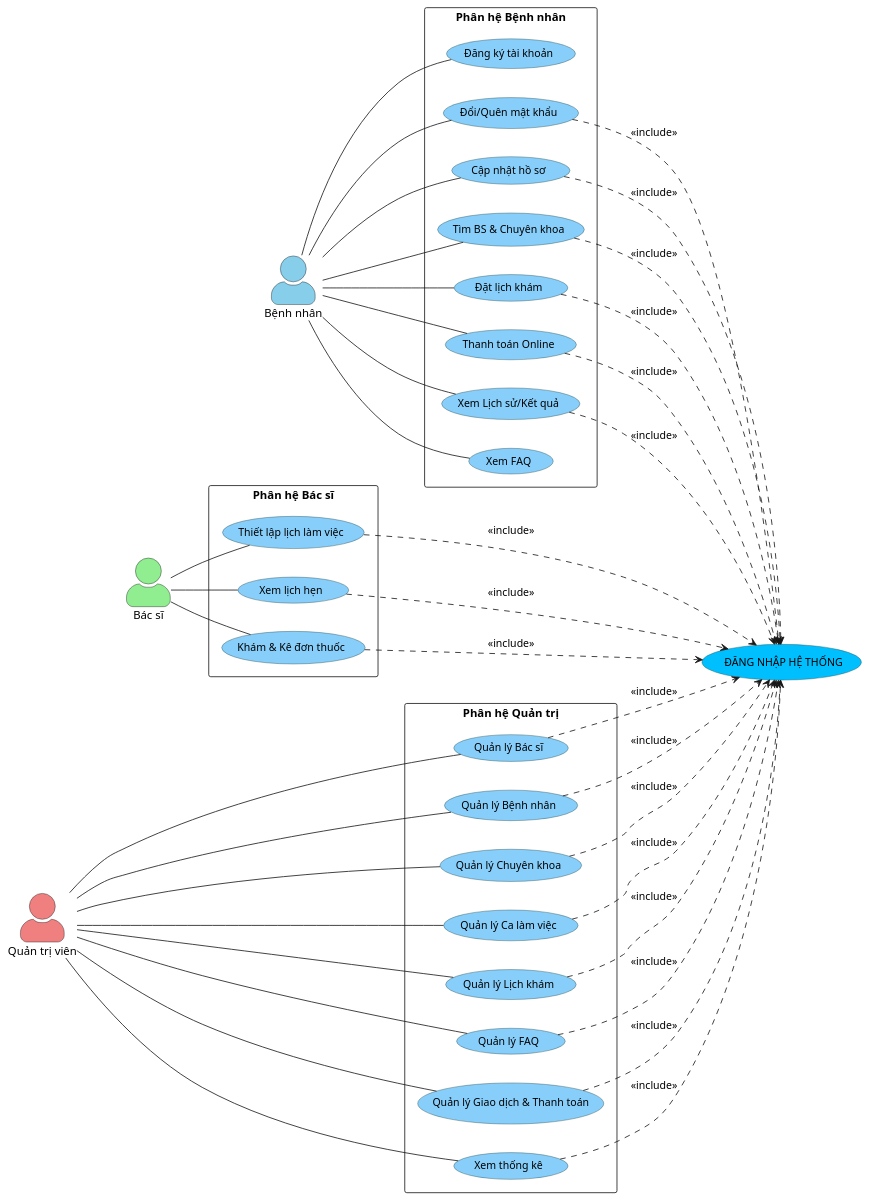
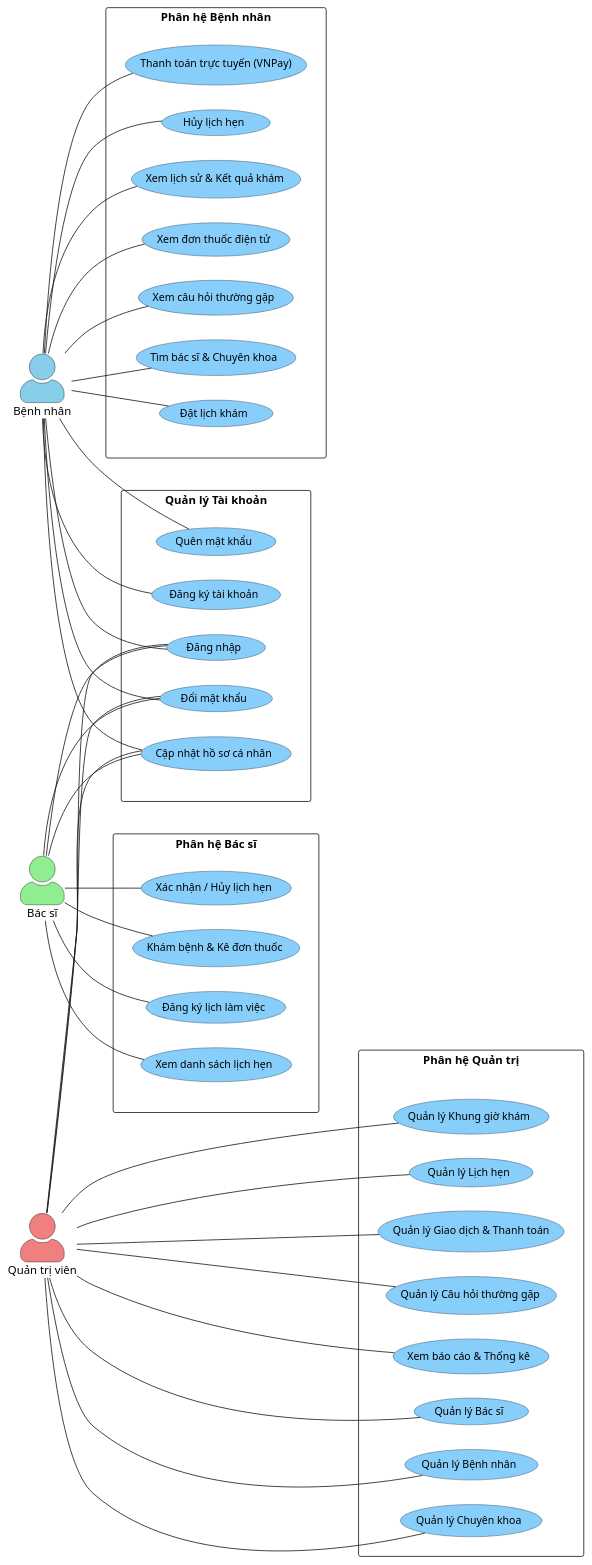
The diagram in server/doc/diagrams/UC_01_TongQuan.puml (yqhuouc/HealthCare), drawn with PlantUML before and after one commit. The commit also changed 41 other files, not shown here.

Commit message:
feat: implement authentication system with password reset functionality and add project architecture documentation

```diff
--- a/server/doc/diagrams/UC_01_TongQuan.puml
+++ b/server/doc/diagrams/UC_01_TongQuan.puml
@@ -1,115 +1,124 @@
 @startuml UseCase_TongQuan
 left to right direction
 skinparam actorStyle awesome
 skinparam packageStyle rectangle
-skinparam wrapWidth 200
+skinparam ranksep 60
+skinparam nodesep 30
 
-' Màu sắc chuyên nghiệp
 skinparam usecase {
   BackgroundColor LightSkyBlue
-  BorderColor DarkSlateGray
+  BorderColor #2C3E50
   FontSize 13
 }
 
 ' ============================
-' ACTORS (BÊN TRÁI)
+' ACTORS
 ' ============================
+actor "Bệnh nhân" as BN #SkyBlue
+actor "Bác sĩ" as BS #LightGreen
 actor "Quản trị viên" as AD #LightCoral
-actor "Bác sĩ" as BS #LightGreen
-actor "Bệnh nhân" as BN #SkyBlue
 
 ' ============================
-' TRUNG TÂM HỘI TỤ (BÊN PHẢI)
+' KHỐI DÙNG CHUNG - TÀI KHOẢN
 ' ============================
-usecase "   ĐĂNG NHẬP HỆ THỐNG   " as Login #DeepSkyBlue
+rectangle "Quản lý Tài khoản" as P_TK {
+  usecase "Đăng nhập" as TK1
+  usecase "Đăng ký tài khoản" as TK2
+  usecase "Quên mật khẩu" as TK3
+  usecase "Đổi mật khẩu" as TK4
+  usecase "Cập nhật hồ sơ cá nhân" as TK5
+}
 
 ' ============================
-' PHÂN HỆ QUẢN TRỊ
+' PHÂN HỆ BỆNH NHÂN
 ' ============================
-rectangle "Phân hệ Quản trị" {
-  usecase "Quản lý Bác sĩ" as AD1
-  usecase "Quản lý Bệnh nhân" as AD2
-  usecase "Quản lý Chuyên khoa" as AD3
-  usecase "Quản lý Ca làm việc" as AD4
-  usecase "Quản lý Lịch khám" as AD5
-  usecase "Quản lý FAQ" as AD6
-  usecase "Quản lý Giao dịch & Thanh toán" as AD7
-  usecase "Xem thống kê" as AD8
+rectangle "Phân hệ Bệnh nhân" as P_BN {
+  usecase "Tìm bác sĩ & Chuyên khoa" as BN1
+  usecase "Đặt lịch khám" as BN2
+  usecase "Thanh toán trực tuyến (VNPay)" as BN3
+  usecase "Hủy lịch hẹn" as BN4
+  usecase "Xem lịch sử & Kết quả khám" as BN5
+  usecase "Xem đơn thuốc điện tử" as BN6
+  usecase "Xem câu hỏi thường gặp" as BN7
 }
 
 ' ============================
 ' PHÂN HỆ BÁC SĨ
 ' ============================
-rectangle "Phân hệ Bác sĩ" {
-  usecase "Thiết lập lịch làm việc" as BS1
-  usecase "Xem lịch hẹn" as BS2
-  usecase "Khám & Kê đơn thuốc" as BS3
+rectangle "Phân hệ Bác sĩ" as P_BS {
+  usecase "Đăng ký lịch làm việc" as BS1
+  usecase "Xem danh sách lịch hẹn" as BS2
+  usecase "Xác nhận / Hủy lịch hẹn" as BS3
+  usecase "Khám bệnh & Kê đơn thuốc" as BS4
 }
 
 ' ============================
-' PHÂN HỆ BỆNH NHÂN
+' PHÂN HỆ QUẢN TRỊ
 ' ============================
-rectangle "Phân hệ Bệnh nhân" {
-  usecase "Đăng ký tài khoản" as BN1
-  usecase "Đổi/Quên mật khẩu" as BN2
-  usecase "Cập nhật hồ sơ" as BN3
-  usecase "Tìm BS & Chuyên khoa" as BN4
-  usecase "Đặt lịch khám" as BN5
-  usecase "Thanh toán Online" as BN6
-  usecase "Xem Lịch sử/Kết quả" as BN7
-  usecase "Xem FAQ" as BN8
+rectangle "Phân hệ Quản trị" as P_AD {
+  usecase "Quản lý Bác sĩ" as AD1
+  usecase "Quản lý Bệnh nhân" as AD2
+  usecase "Quản lý Chuyên khoa" as AD3
+  usecase "Quản lý Khung giờ khám" as AD4
+  usecase "Quản lý Lịch hẹn" as AD5
+  usecase "Quản lý Giao dịch & Thanh toán" as AD6
+  usecase "Quản lý Câu hỏi thường gặp" as AD7
+  usecase "Xem báo cáo & Thống kê" as AD8
 }
 
 ' ============================
-' KẾT NỐI ACTOR -> USE CASE
+' KẾT NỐI CHUNG (TÀI KHOẢN)
+' ============================
+BN -- TK1
+BN -- TK2
+BN -- TK3
+BN -- TK4
+BN -- TK5
+
+BS -- TK1
+BS -- TK4
+BS -- TK5
+
+AD -- TK1
+AD -- TK4
+AD -- TK5
+
+' ============================
+' KẾT NỐI BỆNH NHÂN
+' ============================
+BN -- BN1
+BN -- BN2
+BN -- BN3
+BN -- BN4
+BN -- BN5
+BN -- BN6
+BN -- BN7
+
+' ============================
+' KẾT NỐI BÁC SĨ
+' ============================
+BS -- BS1
+BS -- BS2
+BS -- BS3
+BS -- BS4
+
+' ============================
+' KẾT NỐI QUẢN TRỊ
 ' ============================
 AD -- AD1
 AD -- AD2
 AD -- AD3
 AD -- AD4
 AD -- AD5
 AD -- AD6
 AD -- AD7
 AD -- AD8
 
-BS -- BS1
-BS -- BS2
-BS -- BS3
-
-BN -- BN1
-BN -- BN2
-BN -- BN3
-BN -- BN4
-BN -- BN5
-BN -- BN6
-BN -- BN7
-BN -- BN8
-
 ' ============================
-' KẾT NỐI <<INCLUDE>> ĐẾN LOGIN
+' ÉP BỐ CỤC
 ' ============================
-AD1 ..> Login : <<include>>
-AD2 ..> Login : <<include>>
-AD3 ..> Login : <<include>>
-AD4 ..> Login : <<include>>
-AD5 ..> Login : <<include>>
-AD6 ..> Login : <<include>>
-AD7 ..> Login : <<include>>
-AD8 ..> Login : <<include>>
-
-BS1 ..> Login : <<include>>
-BS2 ..> Login : <<include>>
-BS3 ..> Login : <<include>>
-
-BN2 ..> Login : <<include>>
-BN3 ..> Login : <<include>>
-BN4 ..> Login : <<include>>
-BN5 ..> Login : <<include>>
-BN6 ..> Login : <<include>>
-BN7 ..> Login : <<include>>
-
-' Sắp xếp dọc Actor
-AD -[hidden]down- BS
-BS -[hidden]down- BN
+P_BN -[hidden]right- P_TK
+P_TK -[hidden]right- P_BS
+P_BS -[hidden]down- P_AD
 
 @enduml
```
